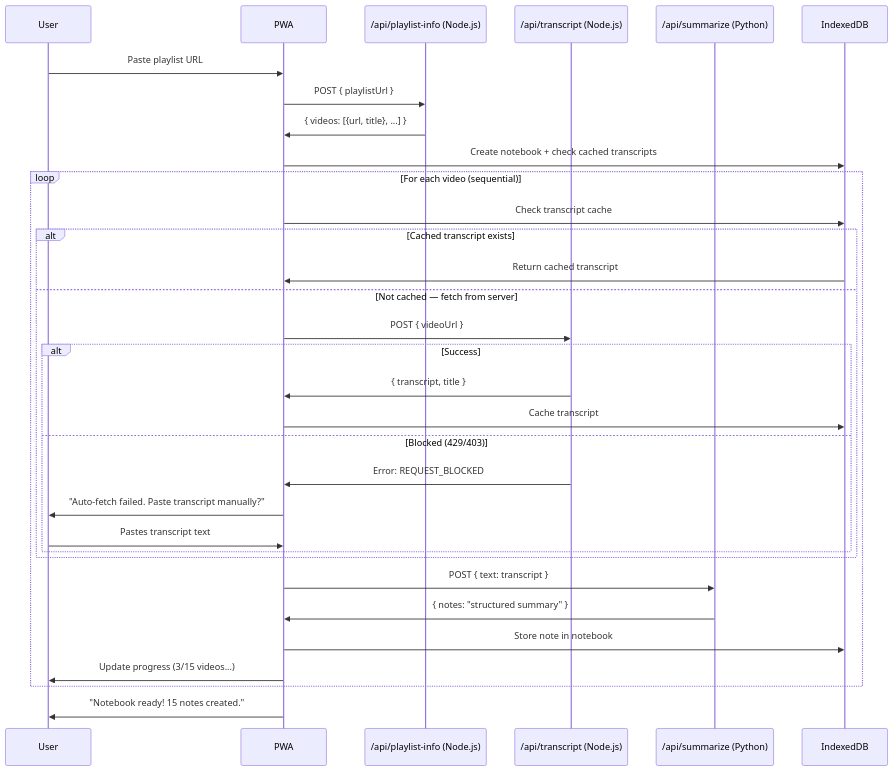
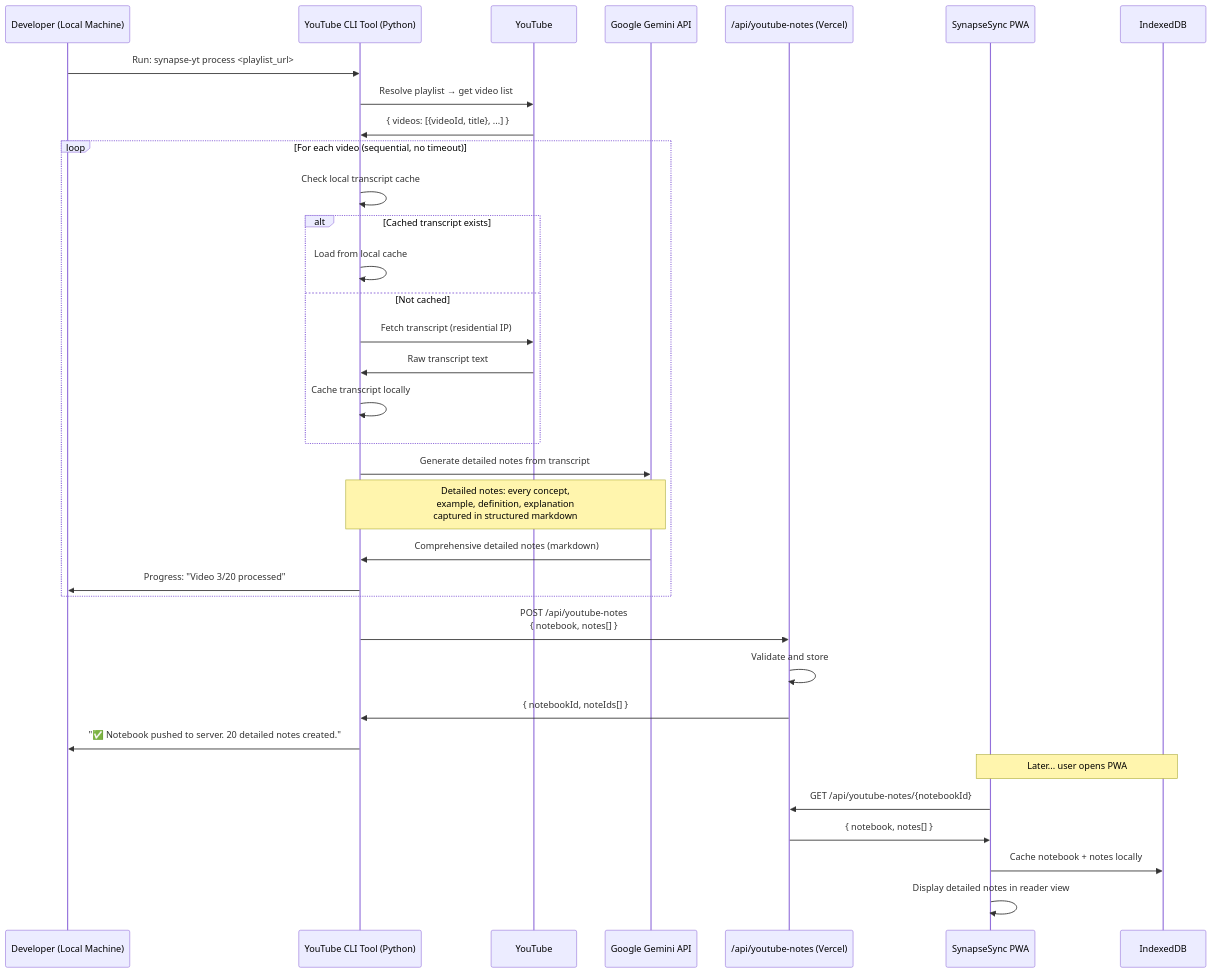
One commit to Strider221B/synapse-sync changed the seventh of 8 diagrams in documentation/design/high_level/02_system_architecture.md. Above: the diagram before and after it, drawn with Mermaid. The commit also changed other lines of this file and 7 other files, not shown here.

````diff
--- a/documentation/design/high_level/02_system_architecture.md
+++ b/documentation/design/high_level/02_system_architecture.md
@@ -296,37 +312,40 @@
 ```mermaid
 sequenceDiagram
-    participant User
-    participant PWA
-    participant PL_API as /api/playlist-info (Node.js)
-    participant TR_API as /api/transcript (Node.js)
-    participant SUM_API as /api/summarize (Python)
+    participant Dev as Developer (Local Machine)
+    participant CLI as YouTube CLI Tool (Python)
+    participant YT as YouTube
+    participant Gemini as Google Gemini API
+    participant API as /api/youtube-notes (Vercel)
+    participant PWA as SynapseSync PWA
     participant IDB as IndexedDB
 
-    User->>PWA: Paste playlist URL
-    PWA->>PL_API: POST { playlistUrl }
-    PL_API->>PWA: { videos: [{url, title}, ...] }
-    PWA->>IDB: Create notebook + check cached transcripts
+    Dev->>CLI: Run: synapse-yt process <playlist_url>
+    CLI->>YT: Resolve playlist → get video list
+    YT->>CLI: { videos: [{videoId, title}, ...] }
 
-    loop For each video (sequential)
-        PWA->>IDB: Check transcript cache
+    loop For each video (sequential, no timeout)
+        CLI->>CLI: Check local transcript cache
         alt Cached transcript exists
-            IDB->>PWA: Return cached transcript
-        else Not cached — fetch from server
-            PWA->>TR_API: POST { videoUrl }
-            alt Success
-                TR_API->>PWA: { transcript, title }
-                PWA->>IDB: Cache transcript
-            else Blocked (429/403)
-                TR_API->>PWA: Error: REQUEST_BLOCKED
-                PWA->>User: "Auto-fetch failed. Paste transcript manually?"
-                User->>PWA: Pastes transcript text
-            end
+            CLI->>CLI: Load from local cache
+        else Not cached
+            CLI->>YT: Fetch transcript (residential IP)
+            YT->>CLI: Raw transcript text
+            CLI->>CLI: Cache transcript locally
         end
-        PWA->>SUM_API: POST { text: transcript }
-        SUM_API->>PWA: { notes: "structured summary" }
-        PWA->>IDB: Store note in notebook
-        PWA->>User: Update progress (3/15 videos...)
+        CLI->>Gemini: Generate detailed notes from transcript
+        Note over CLI,Gemini: Detailed notes: every concept,<br/>example, definition, explanation<br/>captured in structured markdown
+        Gemini->>CLI: Comprehensive detailed notes (markdown)
+        CLI->>Dev: Progress: "Video 3/20 processed"
     end
 
-    PWA->>User: "Notebook ready! 15 notes created."
+    CLI->>API: POST /api/youtube-notes<br/>{ notebook, notes[] }
+    API->>API: Validate and store
+    API->>CLI: { notebookId, noteIds[] }
+    CLI->>Dev: "✅ Notebook pushed to server. 20 detailed notes created."
+
+    Note over PWA,IDB: Later... user opens PWA
+    PWA->>API: GET /api/youtube-notes/{notebookId}
+    API->>PWA: { notebook, notes[] }
+    PWA->>IDB: Cache notebook + notes locally
+    PWA->>PWA: Display detailed notes in reader view
 ```
````
